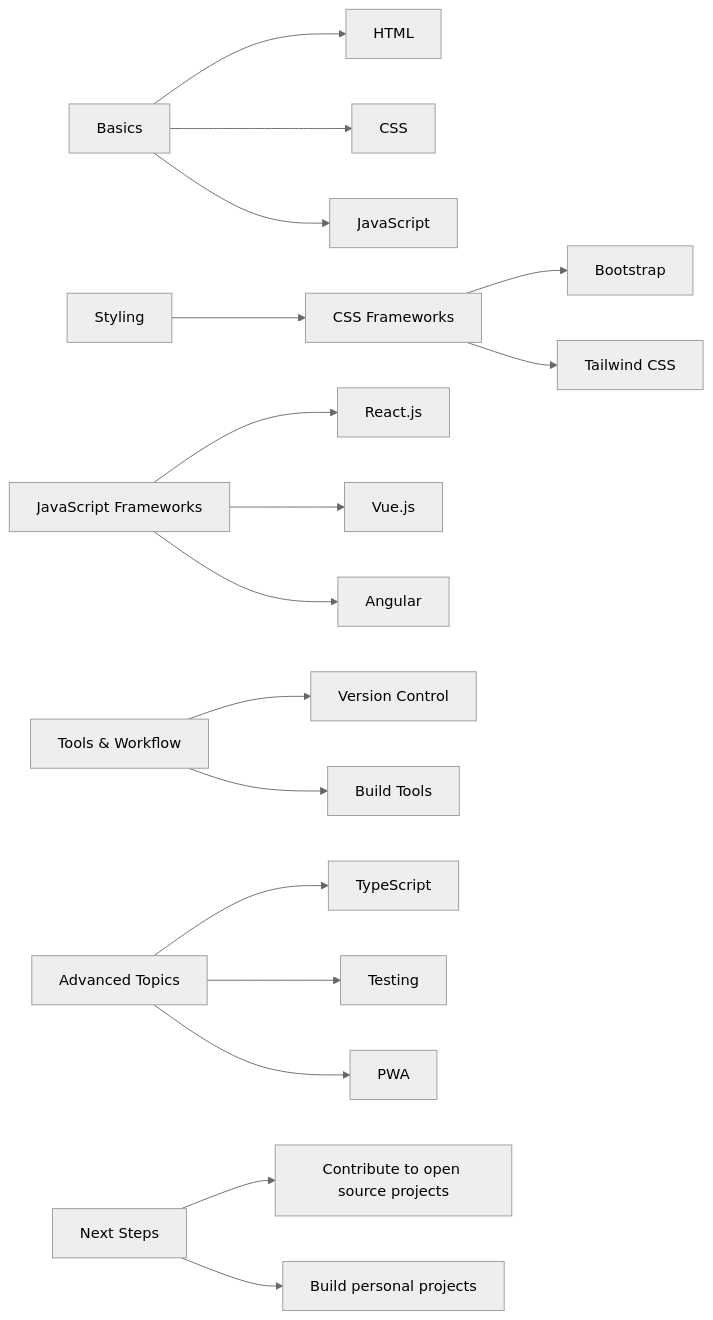
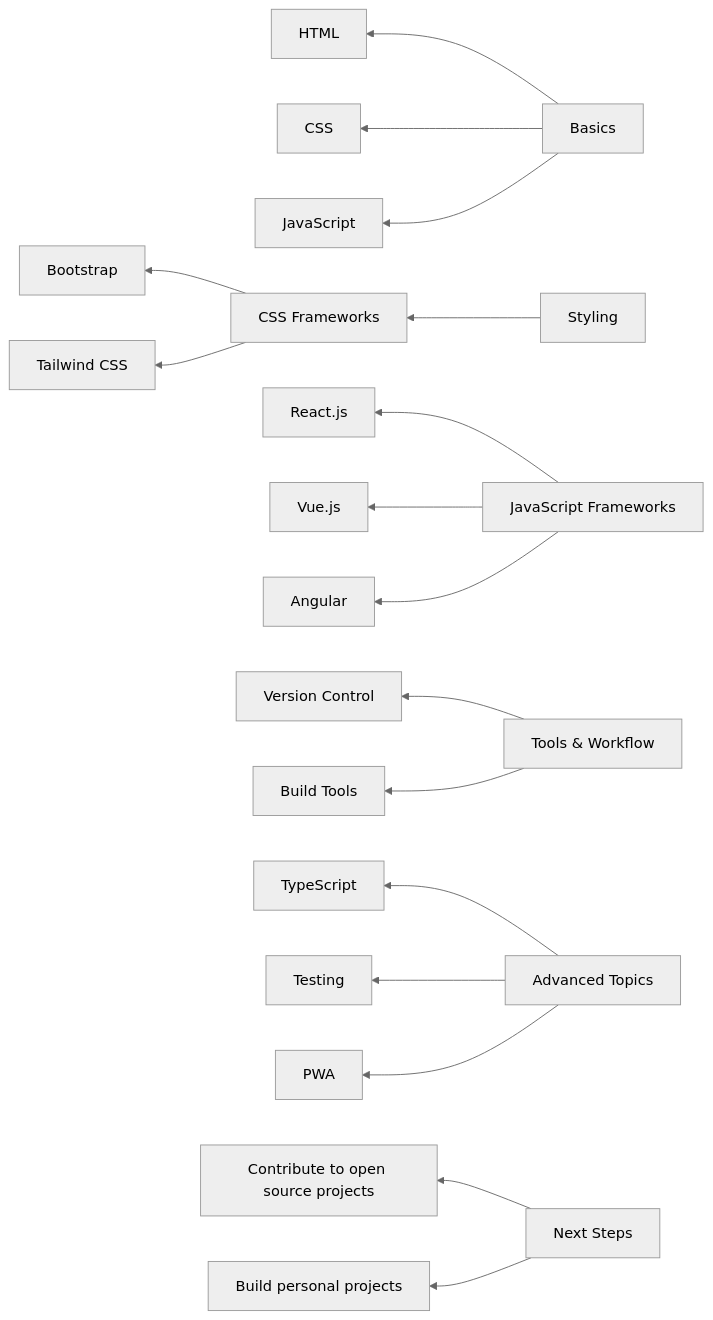
The diagram in FrontEnd.md (fwlc-user002/programming-roadmap), drawn with Mermaid (neutral theme) before and after one commit. The commit also changed other lines of this file, not shown here.

````diff
--- a/FrontEnd.md
+++ b/FrontEnd.md
@@ -1,19 +33,19 @@
 ```mermaid
-graph LR;
+graph RL;
   A[Basics] --> B[HTML];
   A --> C[CSS];
   A --> D[JavaScript];
   E[Styling] --> F[CSS Frameworks];
   F --> G[Bootstrap];
   F --> H[Tailwind CSS];
   I[JavaScript Frameworks] --> J[React.js];
   I --> K[Vue.js];
   I --> L[Angular];
   M[Tools & Workflow] --> N[Version Control];
   M --> O[Build Tools];
   P[Advanced Topics] --> Q[TypeScript];
   P --> R[Testing];
   P --> S[PWA];
   T[Next Steps] --> U[Contribute to open source projects];
   T --> V[Build personal projects];
 ```
````
